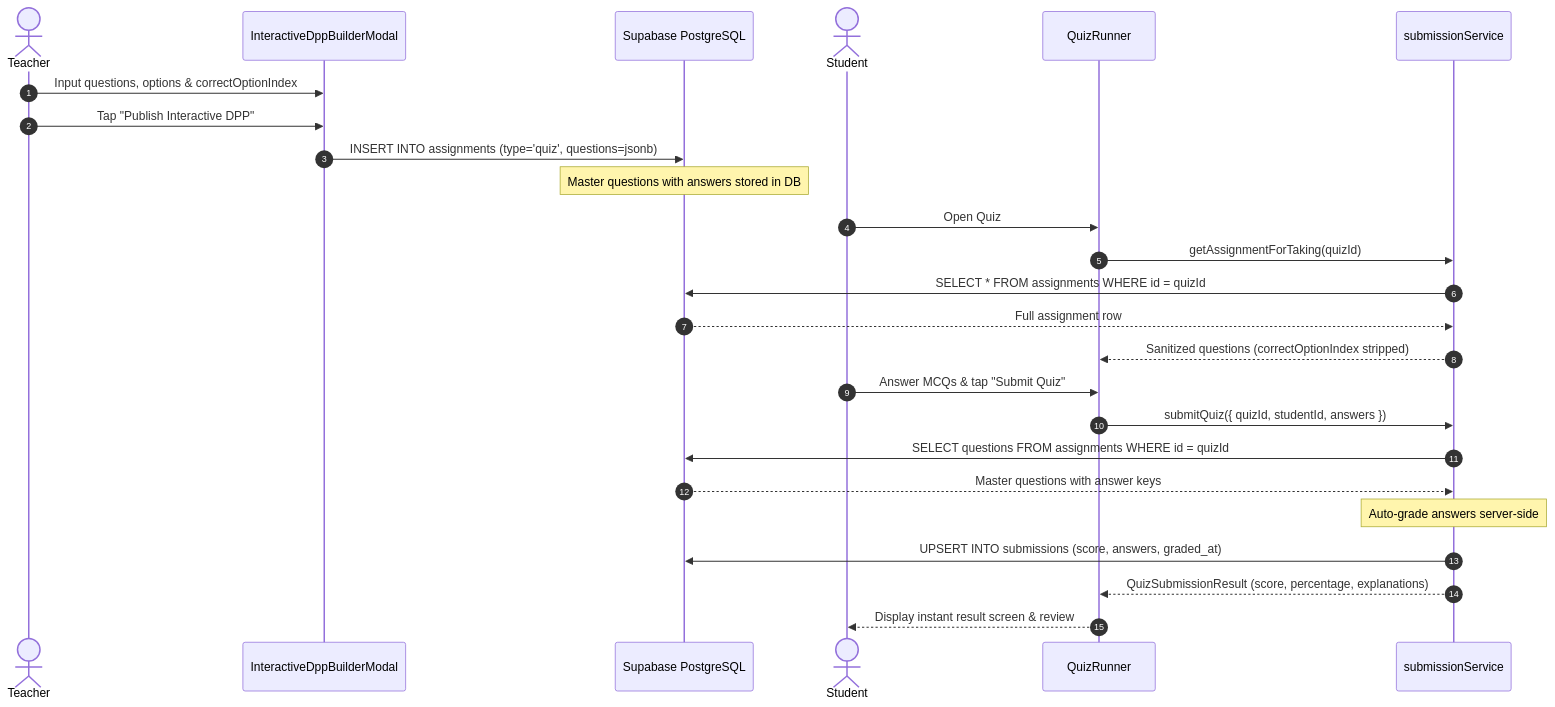
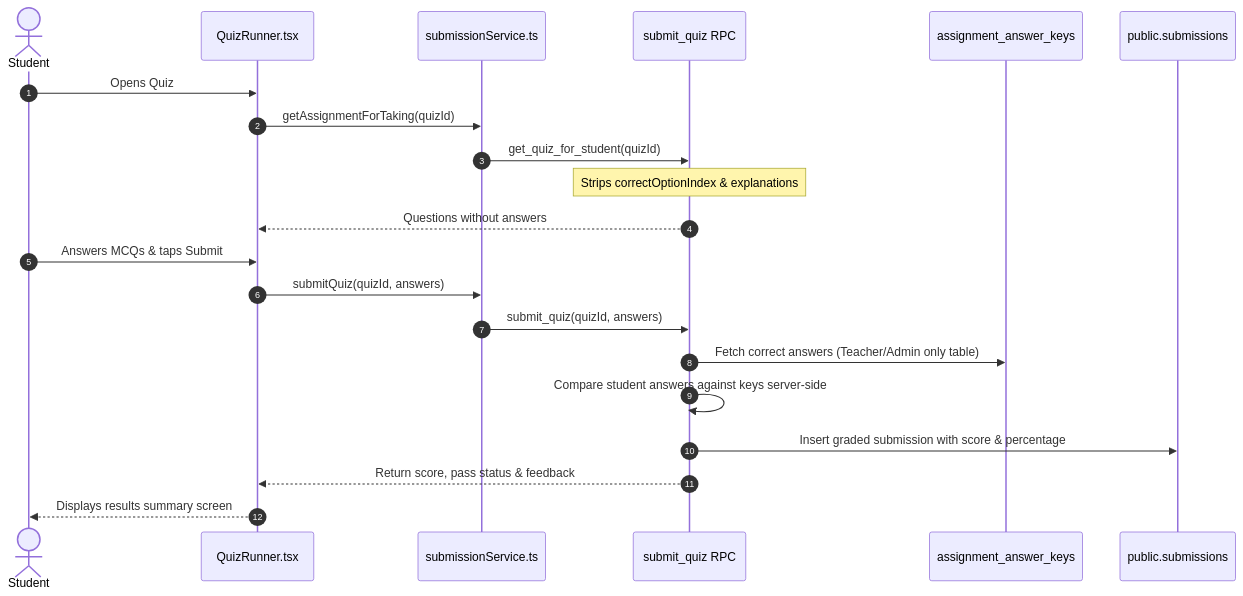
Before and after one commit to Chiragj2003/Acadly-: the seventh of 16 diagrams in docs/ACADEMY_APPLICATION_AUDIT_REPORT.md, drawn with Mermaid. The commit also changed other lines of this file and 153 other files, not shown here.

````diff
--- a/docs/ACADEMY_APPLICATION_AUDIT_REPORT.md
+++ b/docs/ACADEMY_APPLICATION_AUDIT_REPORT.md
@@ -348,29 +482,24 @@
 ```mermaid
 sequenceDiagram
     autonumber
-    actor Teacher
-    participant DPPBuilder as InteractiveDppBuilderModal
-    participant DB as Supabase PostgreSQL
     actor Student
-    participant Runner as QuizRunner
-    participant SubSvc as submissionService
+    participant QuizUI as QuizRunner.tsx
+    participant Service as submissionService.ts
+    participant RPC as submit_quiz RPC
+    participant Keys as assignment_answer_keys
+    participant Submissions as public.submissions
 
-    Teacher->>DPPBuilder: Input questions, options & correctOptionIndex
-    Teacher->>DPPBuilder: Tap "Publish Interactive DPP"
-    DPPBuilder->>DB: INSERT INTO assignments (type='quiz', questions=jsonb)
-    Note over DB: Master questions with answers stored in DB
-
-    Student->>Runner: Open Quiz
-    Runner->>SubSvc: getAssignmentForTaking(quizId)
-    SubSvc->>DB: SELECT * FROM assignments WHERE id = quizId
-    DB-->>SubSvc: Full assignment row
-    SubSvc-->>Runner: Sanitized questions (correctOptionIndex stripped)
-    Student->>Runner: Answer MCQs & tap "Submit Quiz"
-    Runner->>SubSvc: submitQuiz({ quizId, studentId, answers })
-    SubSvc->>DB: SELECT questions FROM assignments WHERE id = quizId
-    DB-->>SubSvc: Master questions with answer keys
-    Note over SubSvc: Auto-grade answers server-side
-    SubSvc->>DB: UPSERT INTO submissions (score, answers, graded_at)
-    SubSvc-->>Runner: QuizSubmissionResult (score, percentage, explanations)
-    Runner-->>Student: Display instant result screen & review
+    Student->>QuizUI: Opens Quiz
+    QuizUI->>Service: getAssignmentForTaking(quizId)
+    Service->>RPC: get_quiz_for_student(quizId)
+    Note over RPC: Strips correctOptionIndex & explanations
+    RPC-->>QuizUI: Questions without answers
+    Student->>QuizUI: Answers MCQs & taps Submit
+    QuizUI->>Service: submitQuiz(quizId, answers)
+    Service->>RPC: submit_quiz(quizId, answers)
+    RPC->>Keys: Fetch correct answers (Teacher/Admin only table)
+    RPC->>RPC: Compare student answers against keys server-side
+    RPC->>Submissions: Insert graded submission with score & percentage
+    RPC-->>QuizUI: Return score, pass status & feedback
+    QuizUI-->>Student: Displays results summary screen
 ```
````
